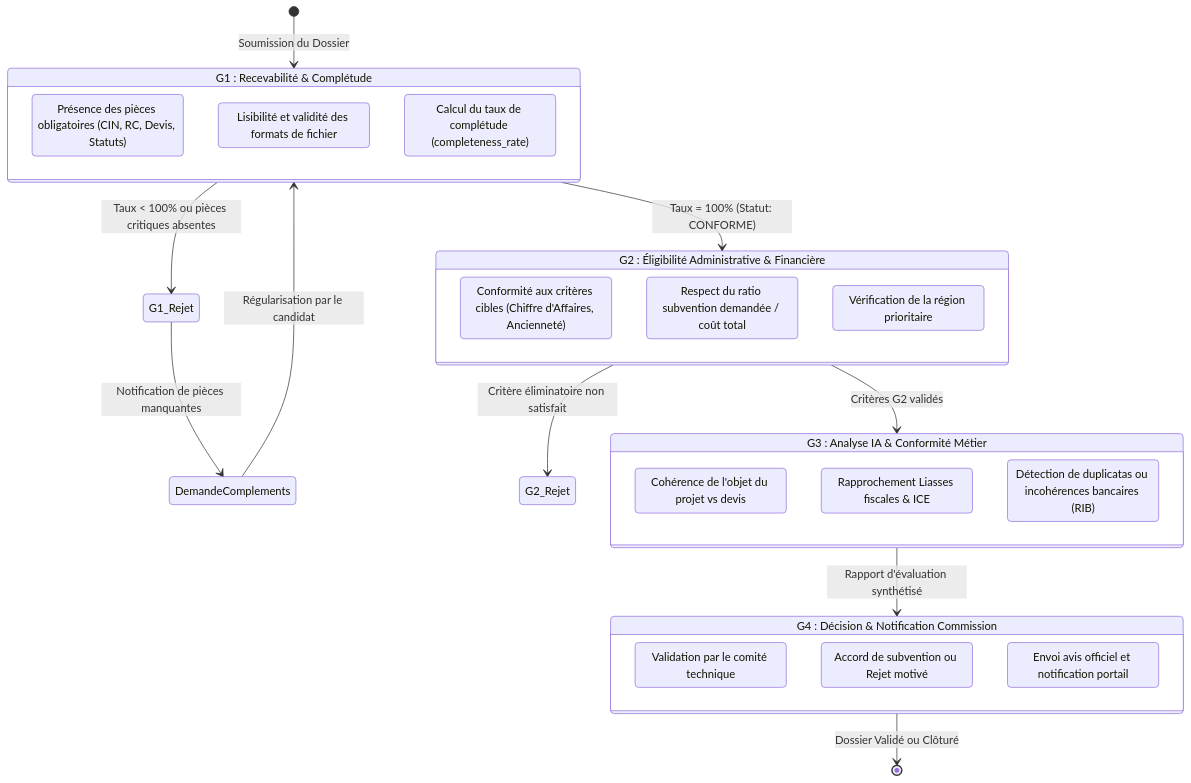
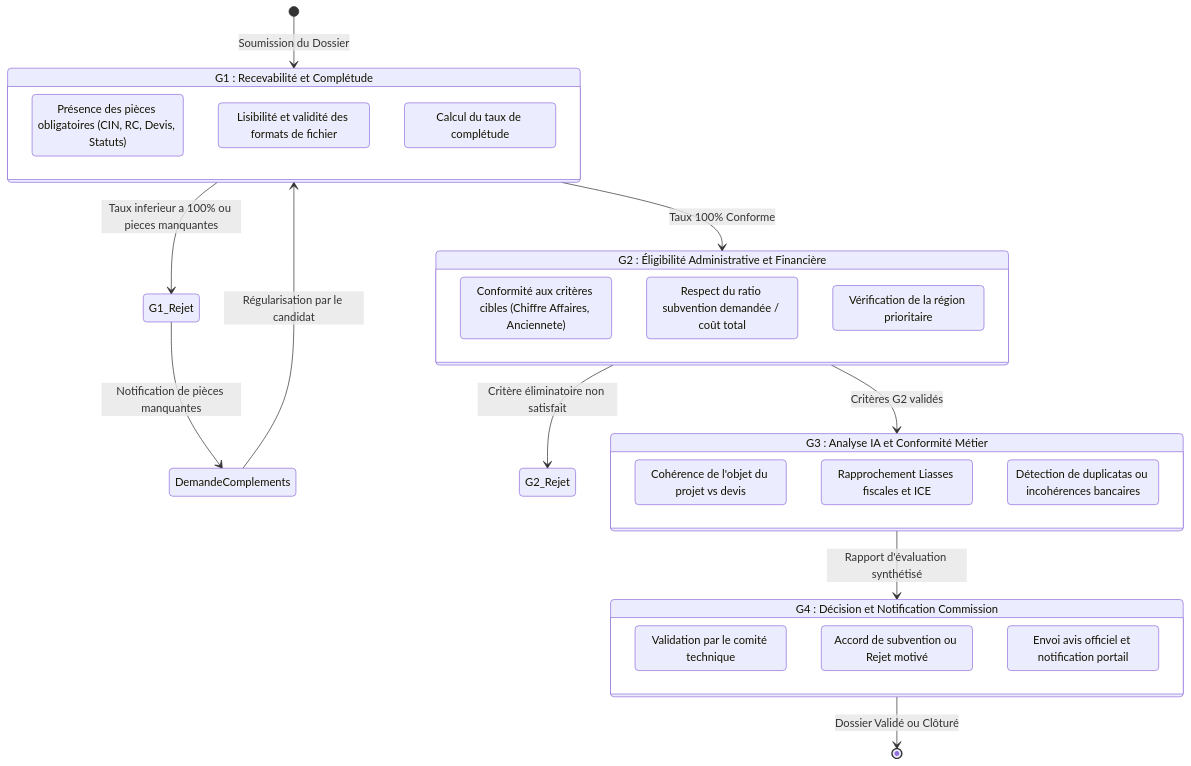
The sixth of 6 diagrams in espace-candidature/DOCUMENTATION.md (iammohcinefrikh/subverifpro), drawn with Mermaid before and after one commit. The commit also changed other lines of this file, not shown here.

Commit message:
fix(docs): sanitize all Mermaid diagrams for full GitHub markdown renderer compatibility

````diff
--- a/espace-candidature/DOCUMENTATION.md
+++ b/espace-candidature/DOCUMENTATION.md
@@ -352,41 +352,41 @@
 ```mermaid
 stateDiagram-v2
     [*] --> G1_Recevabilite: Soumission du Dossier
     
-    state "G1 : Recevabilité & Complétude" as G1_Recevabilite {
+    state "G1 : Recevabilité et Complétude" as G1_Recevabilite {
         VerificationPieces: Présence des pièces obligatoires (CIN, RC, Devis, Statuts)
         ControleFormat: Lisibilité et validité des formats de fichier
-        CalculTaux: Calcul du taux de complétude (completeness_rate)
+        CalculTaux: Calcul du taux de complétude
     }
     
-    G1_Recevabilite --> G1_Rejet: Taux < 100% ou pièces critiques absentes
+    G1_Recevabilite --> G1_Rejet: Taux inferieur a 100% ou pieces manquantes
     G1_Rejet --> DemandeComplements: Notification de pièces manquantes
     DemandeComplements --> G1_Recevabilite: Régularisation par le candidat
     
-    G1_Recevabilite --> G2_Eligibilite: Taux = 100% (Statut: CONFORME)
+    G1_Recevabilite --> G2_Eligibilite: Taux 100% Conforme
     
-    state "G2 : Éligibilité Administrative & Financière" as G2_Eligibilite {
-        ControleProgramme: Conformité aux critères cibles (Chiffre d'Affaires, Ancienneté)
+    state "G2 : Éligibilité Administrative et Financière" as G2_Eligibilite {
+        ControleProgramme: Conformité aux critères cibles (Chiffre Affaires, Anciennete)
         PlafondBudget: Respect du ratio subvention demandée / coût total
         ZoneGeographique: Vérification de la région prioritaire
     }
     
     G2_Eligibilite --> G2_Rejet: Critère éliminatoire non satisfait
     G2_Eligibilite --> G3_EvaluationIA: Critères G2 validés
     
-    state "G3 : Analyse IA & Conformité Métier" as G3_EvaluationIA {
+    state "G3 : Analyse IA et Conformité Métier" as G3_EvaluationIA {
         AnalyseCoherence: Cohérence de l'objet du projet vs devis
-        ControleFiscal: Rapprochement Liasses fiscales & ICE
-        DetectionAnomalies: Détection de duplicatas ou incohérences bancaires (RIB)
+        ControleFiscal: Rapprochement Liasses fiscales et ICE
+        DetectionAnomalies: Détection de duplicatas ou incohérences bancaires
     }
     
     G3_EvaluationIA --> G4_Decision: Rapport d'évaluation synthétisé
     
-    state "G4 : Décision & Notification Commission" as G4_Decision {
+    state "G4 : Décision et Notification Commission" as G4_Decision {
         RevueInstructeur: Validation par le comité technique
         DecisionFinale: Accord de subvention ou Rejet motivé
         Notification: Envoi avis officiel et notification portail
     }
     
     G4_Decision --> [*]: Dossier Validé ou Clôturé
 ```
````
